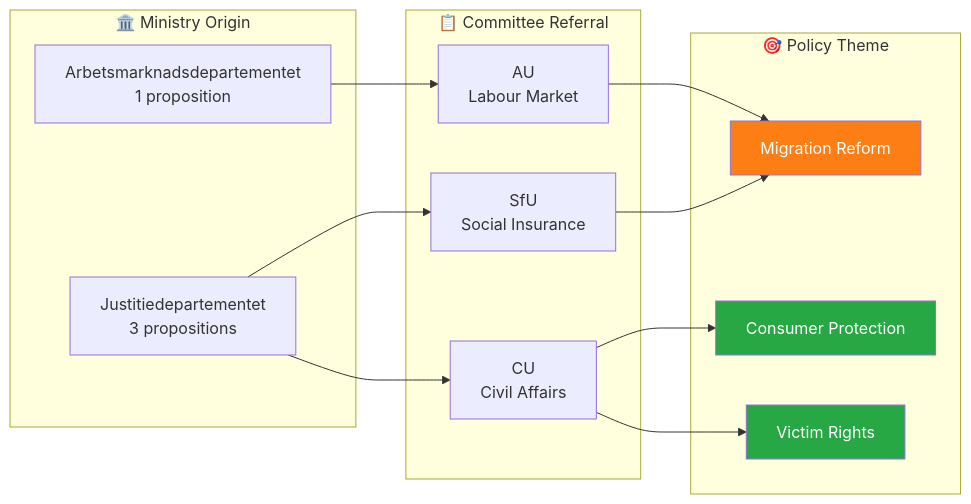
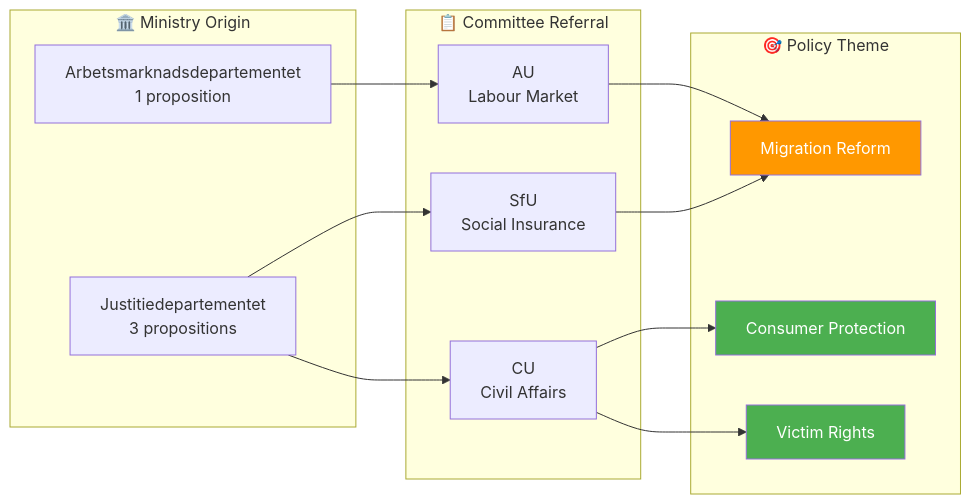
Before and after one commit to Hack23/riksdagsmonitor: the second of 2 diagrams in analysis/daily/2026-03-31/propositions/synthesis-summary.md, drawn with Mermaid. The commit also changed other lines of this file and 785 other files, not shown here.

First line of the commit message:
Normalize mermaid colors across 786 analysis artifacts to ISMS Style Guide palette

````diff
--- a/analysis/daily/2026-03-31/propositions/synthesis-summary.md
+++ b/analysis/daily/2026-03-31/propositions/synthesis-summary.md
@@ -44,27 +44,27 @@
 ```mermaid
 graph LR
     subgraph "🏛️ Ministry Origin"
         JD["Justitiedepartementet<br/>3 propositions"]
         AD["Arbetsmarknadsdepartementet<br/>1 proposition"]
     end
     subgraph "📋 Committee Referral"
         SfU["SfU<br/>Social Insurance"]
         CU["CU<br/>Civil Affairs"]
         AU["AU<br/>Labour Market"]
     end
     subgraph "🎯 Policy Theme"
         MIG["Migration Reform"]
         CP["Consumer Protection"]
         VO["Victim Rights"]
     end
     JD --> SfU
     JD --> CU
     AD --> AU
     SfU --> MIG
     AU --> MIG
     CU --> CP
     CU --> VO
-    style MIG fill:#fd7e14,color:#fff
-    style CP fill:#28a745,color:#fff
-    style VO fill:#28a745,color:#fff
+    style MIG fill:#FF9800,color:#FFFFFF
+    style CP fill:#4CAF50,color:#FFFFFF
+    style VO fill:#4CAF50,color:#FFFFFF
 ```
````
